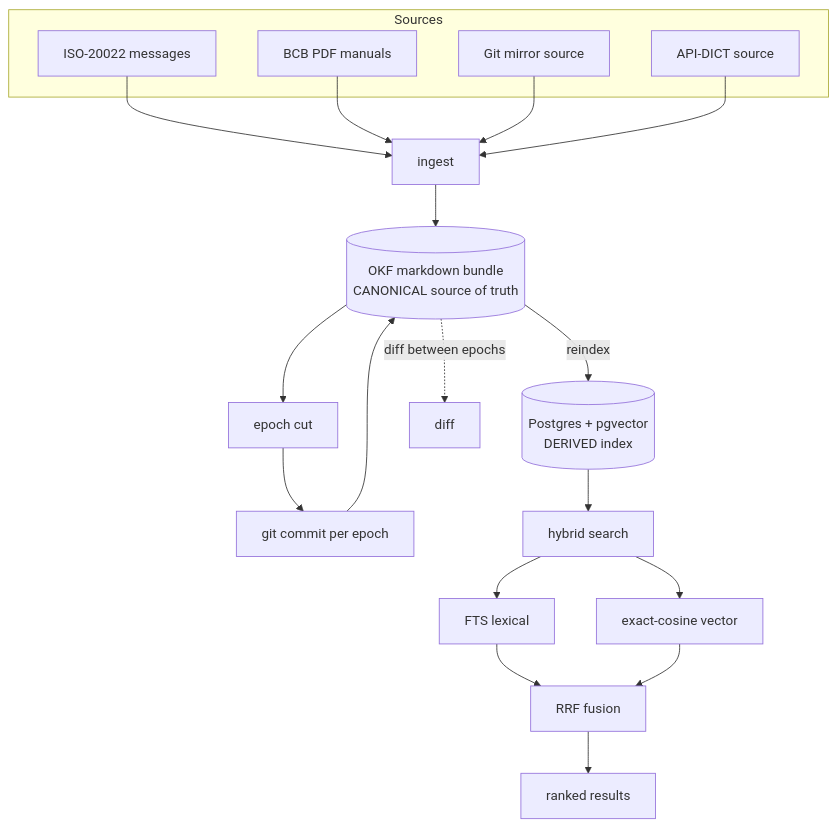
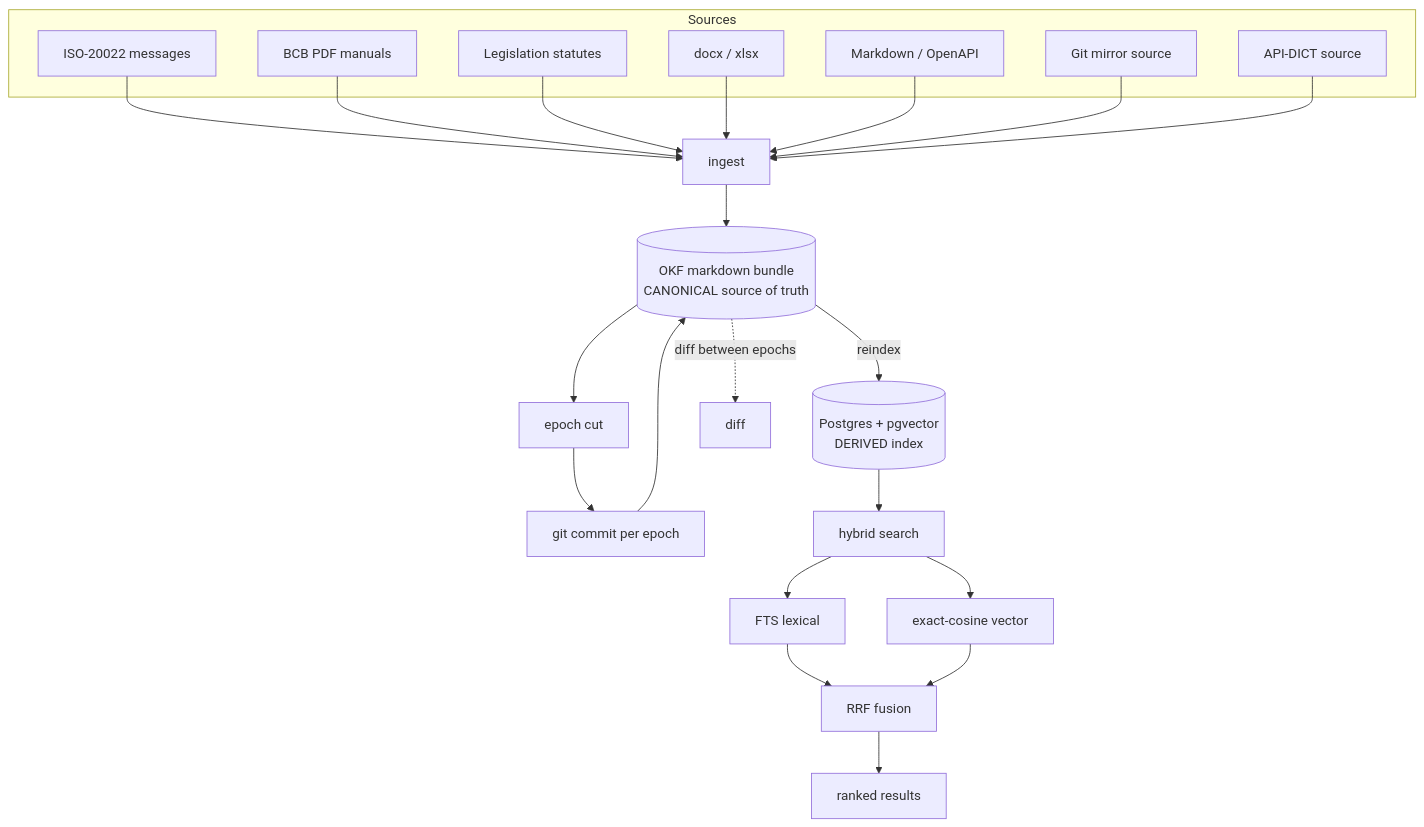
The diagram in docs/ARCHITECTURE.md (dyammarcano/pixkb), drawn with Mermaid before and after one commit. The commit also changed other lines of this file, not shown here.

Commit message:
docs(architecture): add docx/xlsx/legislation/markdown to sources diagram

````diff
--- a/docs/ARCHITECTURE.md
+++ b/docs/ARCHITECTURE.md
@@ -10,31 +10,37 @@
 ```mermaid
 flowchart TD
     subgraph Sources
         ISO[ISO-20022 messages]
         PDF[BCB PDF manuals]
+        LEG[Legislation statutes]
+        OFFICE[docx / xlsx]
+        MD[Markdown / OpenAPI]
         GIT[Git mirror source]
         DICT[API-DICT source]
     end
 
     ISO --> ING[ingest]
     PDF --> ING
+    LEG --> ING
+    OFFICE --> ING
+    MD --> ING
     GIT --> ING
     DICT --> ING
 
     ING --> OKF[(OKF markdown bundle<br/>CANONICAL source of truth)]
 
     OKF --> EPOCH[epoch cut]
     EPOCH --> GITC[git commit per epoch]
     GITC --> OKF
 
     OKF -->|reindex| PG[(Postgres + pgvector<br/>DERIVED index)]
 
     PG --> SEARCH[hybrid search]
     SEARCH --> FTS[FTS lexical]
     SEARCH --> VEC[exact-cosine vector]
     FTS --> RRF[RRF fusion]
     VEC --> RRF
     RRF --> RESULTS[ranked results]
 
     OKF -.diff between epochs.-> DIFF[diff]
 ```
````
